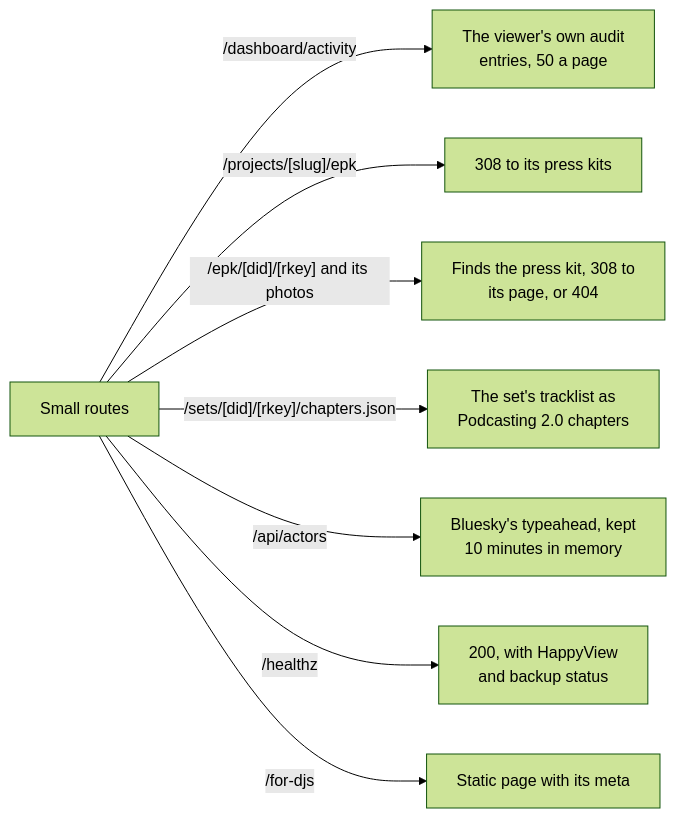
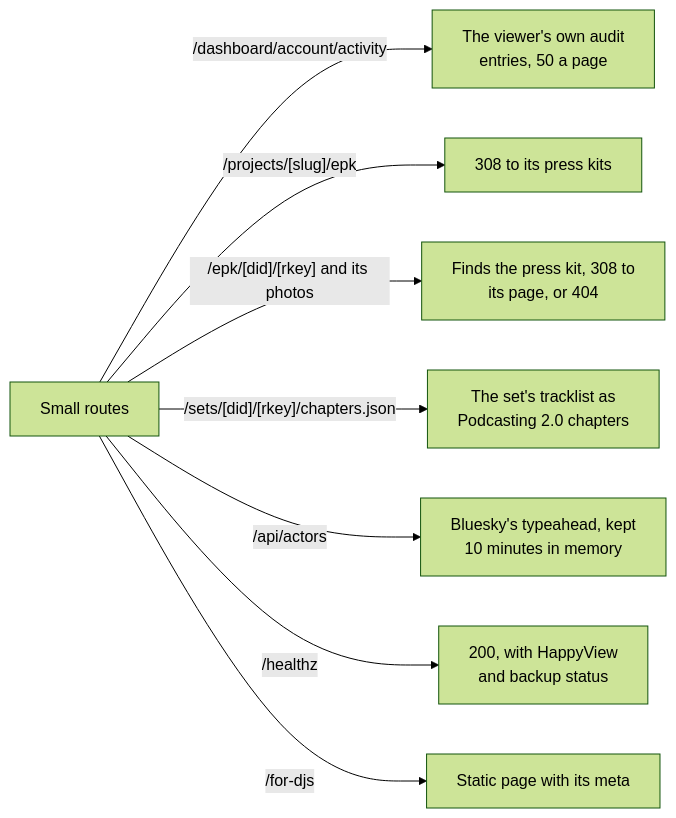
One commit to cutenode/localnetwork changed diagram 11 of 11 in apps/web/docs/diagrams/requests-and-routes.md. Above: the diagram before and after it, drawn with Mermaid (forest theme). The commit also changed other lines of this file and 109 other files, not shown here.

Commit message:
feat(web): add an Account area to the dashboard

````diff
--- a/apps/web/docs/diagrams/requests-and-routes.md
+++ b/apps/web/docs/diagrams/requests-and-routes.md
@@ -235,11 +235,11 @@
 ```mermaid
 flowchart LR
   Small["Small routes"]
-  Small -- "/dashboard/activity" --> A["The viewer's own audit<br/>entries, 50 a page"]
+  Small -- "/dashboard/account/activity" --> A["The viewer's own audit<br/>entries, 50 a page"]
   Small -- "/projects/[slug]/epk" --> B["308 to its press kits"]
   Small -- "/epk/[did]/[rkey] and its photos" --> C["Finds the press kit, 308 to<br/>its page, or 404"]
   Small -- "/sets/[did]/[rkey]/chapters.json" --> D["The set's tracklist as<br/>Podcasting 2.0 chapters"]
   Small -- "/api/actors" --> E["Bluesky's typeahead, kept<br/>10 minutes in memory"]
   Small -- "/healthz" --> F["200, with HappyView<br/>and backup status"]
   Small -- "/for-djs" --> G["Static page with its meta"]
 ```
````
